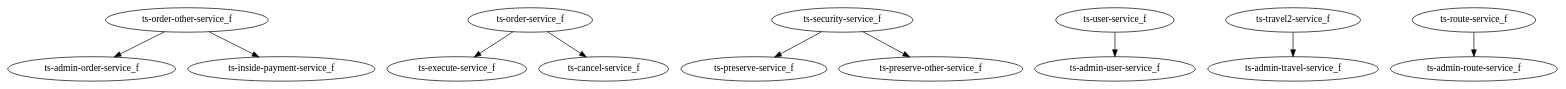
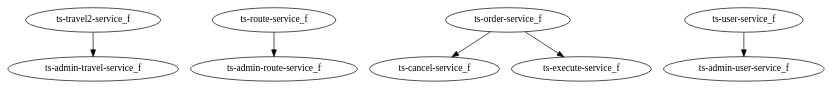
Before and after one commit to uDEVOPS2020/MacroHive: the diagram in uKnows/output/multi_dot.dot, drawn with Graphviz. The commit also changed 79 other files, not shown here.

```diff
--- a/uKnows/output/multi_dot.dot
+++ b/uKnows/output/multi_dot.dot
@@ -1,11 +1,7 @@
 digraph g {
-   "ts-order-other-service_f" -> "ts-admin-order-service_f" [arrowtail=none, arrowhead=normal]; 
-   "ts-order-service_f" -> "ts-execute-service_f" [arrowtail=none, arrowhead=normal]; 
-   "ts-security-service_f" -> "ts-preserve-service_f" [arrowtail=none, arrowhead=normal]; 
-   "ts-security-service_f" -> "ts-preserve-other-service_f" [arrowtail=none, arrowhead=normal]; 
-   "ts-user-service_f" -> "ts-admin-user-service_f" [arrowtail=none, arrowhead=normal]; 
    "ts-travel2-service_f" -> "ts-admin-travel-service_f" [arrowtail=none, arrowhead=normal]; 
-   "ts-order-other-service_f" -> "ts-inside-payment-service_f" [arrowtail=none, arrowhead=normal]; 
    "ts-route-service_f" -> "ts-admin-route-service_f" [arrowtail=none, arrowhead=normal]; 
    "ts-order-service_f" -> "ts-cancel-service_f" [arrowtail=none, arrowhead=normal]; 
+   "ts-order-service_f" -> "ts-execute-service_f" [arrowtail=none, arrowhead=normal]; 
+   "ts-user-service_f" -> "ts-admin-user-service_f" [arrowtail=none, arrowhead=normal]; 
 }
```
